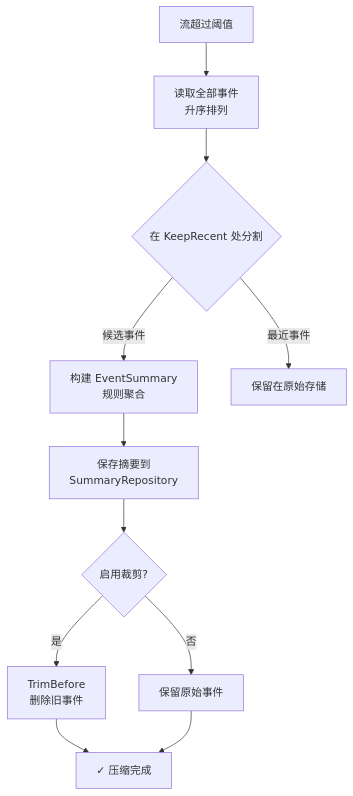
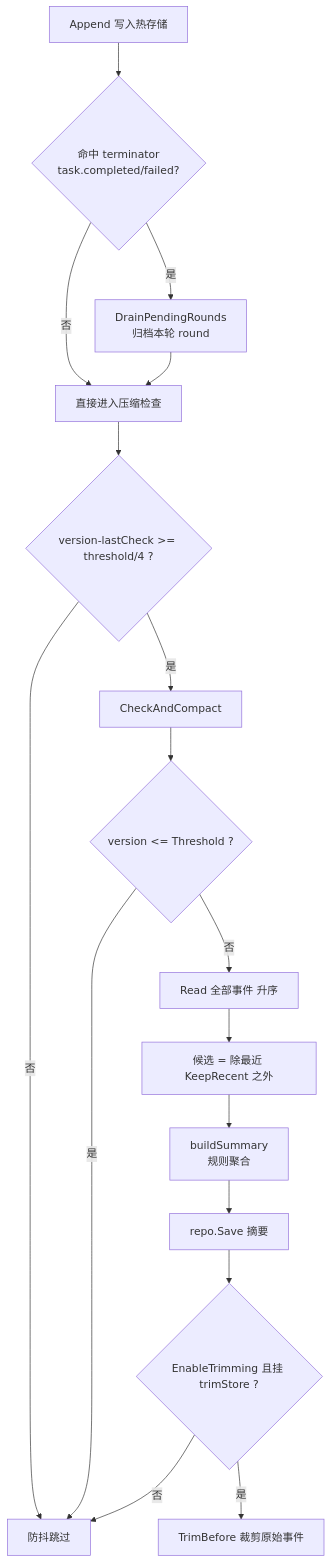
One commit to Timwood0x10/ARES changed the third of 6 diagrams in docs/articles/zh/08-event-system-deep-dive.md. Above: the diagram before and after it, drawn with Mermaid. The commit also changed other lines of this file and 2423 other files, not shown here.

````diff
--- a/docs/articles/zh/08-event-system-deep-dive.md
+++ b/docs/articles/zh/08-event-system-deep-dive.md
@@ -211,13 +217,19 @@
 ```mermaid
 graph TD
-    A[流超过阈值] --> B[读取全部事件\n升序排列]
-    B --> C{在 KeepRecent 处分割}
-    C -->|候选事件| D[构建 EventSummary\n规则聚合]
-    C -->|最近事件| E[保留在原始存储]
-    D --> F[保存摘要到\nSummaryRepository]
-    F --> G{启用裁剪?}
-    G -->|是| H[TrimBefore\n删除旧事件]
-    G -->|否| I[保留原始事件]
-    H --> J[✓ 压缩完成]
-    I --> J
+    A[Append 写入热存储] --> B{命中 terminator<br/>task.completed/failed?}
+    B -->|是| C[DrainPendingRounds<br/>归档本轮 round]
+    B -->|否| D[直接进入压缩检查]
+    C --> D
+    D --> E{version-lastCheck >= threshold/4 ?}
+    E -->|否| Z[防抖跳过]
+    E -->|是| F[CheckAndCompact]
+    F --> G{version <= Threshold ?}
+    G -->|是| Z
+    G -->|否| H[Read 全部事件 升序]
+    H --> I[候选 = 除最近 KeepRecent 之外]
+    I --> J[buildSummary<br/>规则聚合]
+    J --> K[repo.Save 摘要]
+    K --> L{EnableTrimming 且挂 trimStore ?}
+    L -->|是| M[TrimBefore 裁剪原始事件]
+    L -->|否| Z
 ```
````
